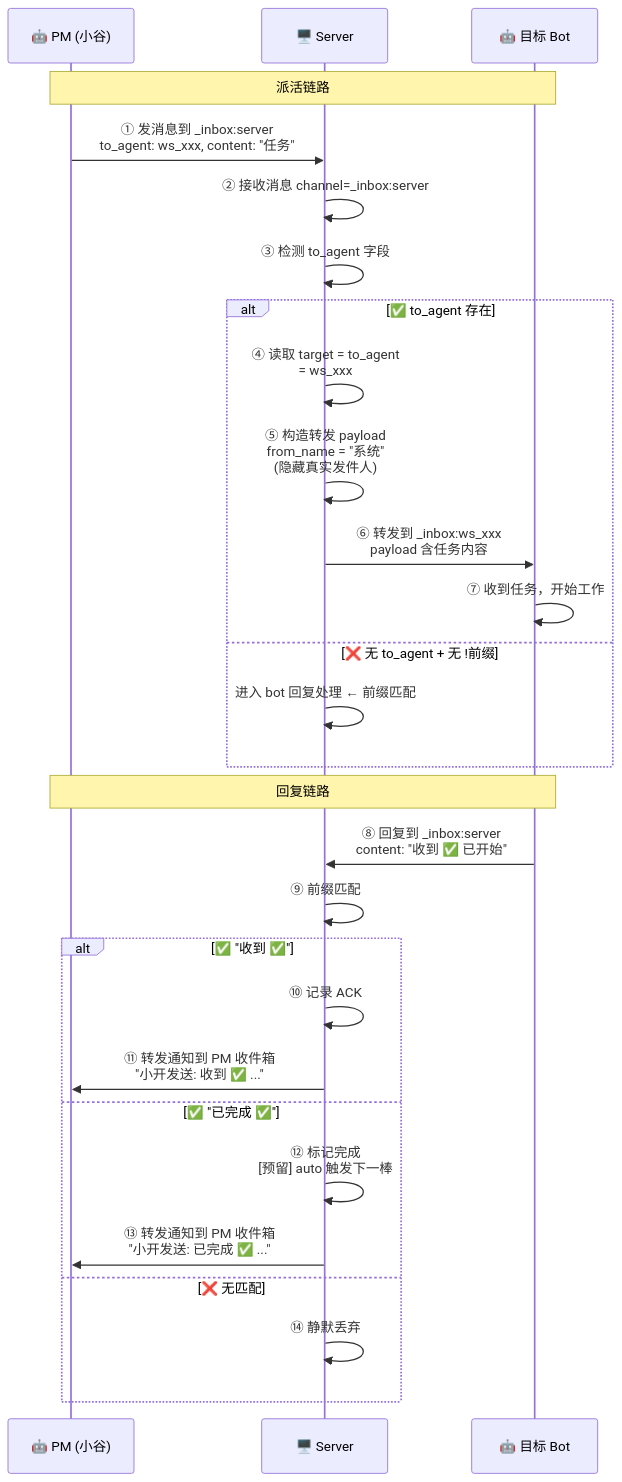
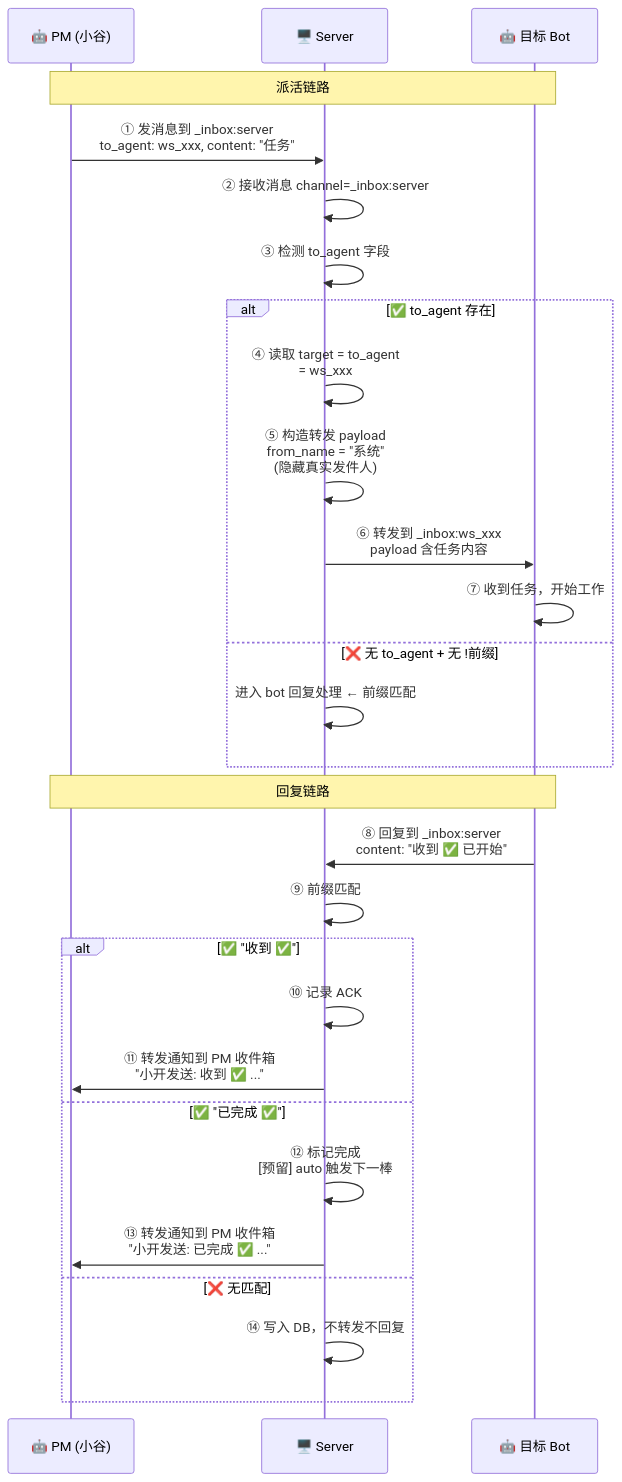
The diagram in docs/R102/R102-product-requirements.md (datahome73/ws-bridge), drawn with Mermaid before and after one commit. The commit also changed other lines of this file, not shown here.

````diff
--- a/docs/R102/R102-product-requirements.md
+++ b/docs/R102/R102-product-requirements.md
@@ -164,37 +163,37 @@
 ```mermaid
 sequenceDiagram
     participant PM as 🤖 PM (小谷)
     participant Server as 🖥️ Server
     participant Bot as 🤖 目标 Bot
 
     Note over PM,Bot: 派活链路
 
     PM->>Server: ① 发消息到 _inbox:server<br/>to_agent: ws_xxx, content: "任务"
 
     Server->>Server: ② 接收消息 channel=_inbox:server
     Server->>Server: ③ 检测 to_agent 字段
     
     alt ✅ to_agent 存在
         Server->>Server: ④ 读取 target = to_agent<br/>= ws_xxx
         Server->>Server: ⑤ 构造转发 payload<br/>from_name = "系统"<br/>(隐藏真实发件人)
         Server->>Bot: ⑥ 转发到 _inbox:ws_xxx<br/>payload 含任务内容
         Bot->>Bot: ⑦ 收到任务，开始工作
     else ❌ 无 to_agent + 无 !前缀
         Server->>Server: 进入 bot 回复处理 ← 前缀匹配
     end
 
     Note over PM,Bot: 回复链路
 
     Bot->>Server: ⑧ 回复到 _inbox:server<br/>content: "收到 ✅ 已开始"
     Server->>Server: ⑨ 前缀匹配
 
     alt ✅ "收到 ✅"
         Server->>Server: ⑩ 记录 ACK
         Server->>PM: ⑪ 转发通知到 PM 收件箱<br/>"小开发送: 收到 ✅ ..."
     else ✅ "已完成 ✅"
         Server->>Server: ⑫ 标记完成<br/>[预留] auto 触发下一棒
         Server->>PM: ⑬ 转发通知到 PM 收件箱<br/>"小开发送: 已完成 ✅ ..."
     else ❌ 无匹配
-        Server->>Server: ⑭ 静默丢弃
+        Server->>Server: ⑭ 写入 DB，不转发不回复
     end
 ```
````
